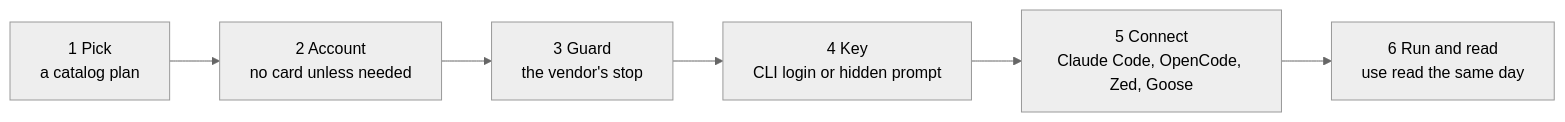
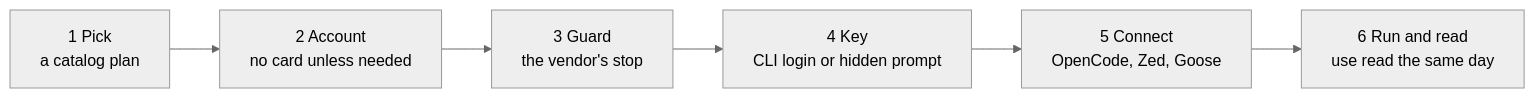
The diagram in guides/CHECKLIST.md (SoulCraft-Org/compute-crafter), drawn with Mermaid (neutral theme) before and after one commit. The commit also changed 63 other files, not shown here.

First line of the commit message:
Scope Compute Crafter to OpenCode and open weights only (#329)

````diff
--- a/guides/CHECKLIST.md
+++ b/guides/CHECKLIST.md
@@ -5,8 +5,8 @@
 ```mermaid
 flowchart LR
   P[1 Pick<br/>a catalog plan] --> A[2 Account<br/>no card unless needed]
   A --> G[3 Guard<br/>the vendor's stop]
   G --> K[4 Key<br/>CLI login or hidden prompt]
-  K --> C[5 Connect<br/>Claude Code, OpenCode, Zed, Goose]
+  K --> C[5 Connect<br/>OpenCode, Zed, Goose]
   C --> R[6 Run and read<br/>use read the same day]
 ```
````
